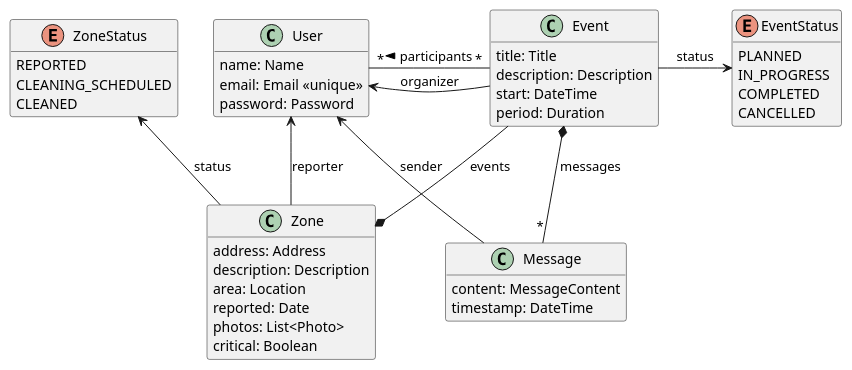
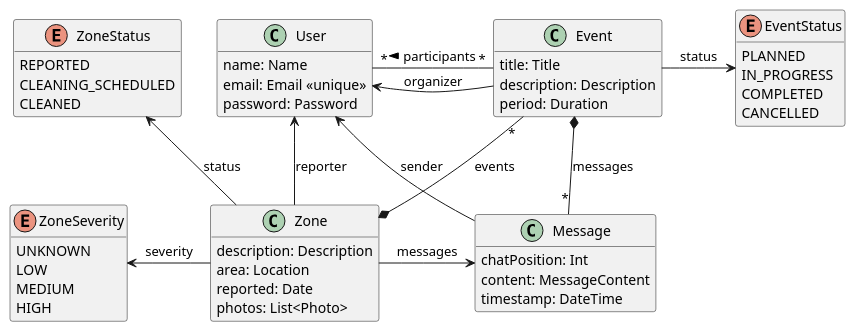
The diagram in docs/ClassDiagram.puml (ps-kmp/keep-my-planet), drawn with PlantUML before and after one commit. The commit also changed 24 other files, not shown here.

```diff
--- a/docs/ClassDiagram.puml
+++ b/docs/ClassDiagram.puml
@@ -1,56 +1,62 @@
 @startuml
 
 enum EventStatus {
   PLANNED
   IN_PROGRESS
   COMPLETED
   CANCELLED
 }
 
 enum ZoneStatus {
   REPORTED
   CLEANING_SCHEDULED
   CLEANED
 }
 
+enum ZoneSeverity {
+    UNKNOWN
+    LOW
+    MEDIUM
+    HIGH
+}
+
 class User {
   name: Name
   email: Email <<unique>>
   password: Password
 }
 
 class Zone {
-  address: Address
   description: Description
   area: Location
   reported: Date
   photos: List<Photo>
-  critical: Boolean
 }
 
 class Event {
   title: Title
   description: Description
-  start: DateTime
   period: Duration
 }
 
 class Message {
+  chatPosition: Int
   content: MessageContent
   timestamp: DateTime
 }
 
 User <- Event : organizer
 User <- Zone : reporter
 User <- Message : sender
 User "*" -- "*" Event : participants <
 
-Event --* Zone : events
+Event "*" --* Zone : events
 Event *-- "*" Message : messages
 Event -> EventStatus : status
 
 Zone -up-> ZoneStatus : status
-
+Zone -left-> ZoneSeverity : severity
+Zone -right-> Message : messages
 hide empty members
 
 @enduml
```
